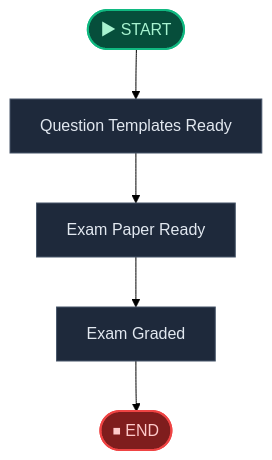
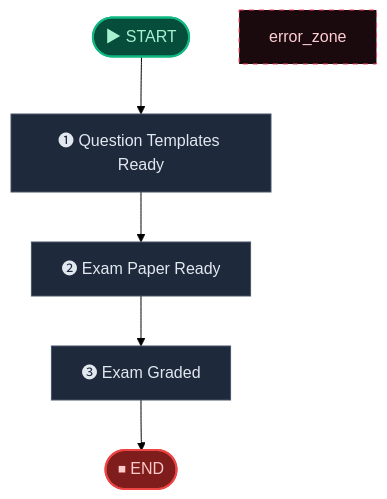
One commit to aiteachme/AITeachMe changed the second of 3 diagrams in backend/scripts/.generated_workflow_diagrams/examine.md. Above: the diagram before and after it, drawn with Mermaid (forest theme). The commit also changed other lines of this file and 6 other files, not shown here.

````diff
--- a/backend/scripts/.generated_workflow_diagrams/examine.md
+++ b/backend/scripts/.generated_workflow_diagrams/examine.md
@@ -52,21 +73,23 @@
 ```mermaid
 flowchart TD
     __start__(["▶ START"])
-    question_templates_ready["Question Templates Ready"]
-    exam_paper_ready["Exam Paper Ready"]
-    exam_graded["Exam Graded"]
+    question_templates_ready["❶ Question Templates Ready"]
+    exam_paper_ready["❷ Exam Paper Ready"]
+    exam_graded["❸ Exam Graded"]
     __end__(["⏹ END"])
 
     __start__ --> question_templates_ready
     exam_paper_ready --> exam_graded
     question_templates_ready --> exam_paper_ready
     exam_graded --> __end__
 
     %% ── Styling ──
     classDef startCls fill:#064e3b,stroke:#10b981,stroke-width:2px,color:#a7f3d0
     classDef endCls fill:#7f1d1d,stroke:#ef4444,stroke-width:2px,color:#fecaca
     classDef failCls fill:#4c0519,stroke:#f43f5e,stroke-width:2px,color:#fecdd3
+    classDef termCls fill:#1e3a5f,stroke:#3b82f6,stroke-width:2px,color:#93c5fd
     classDef default fill:#1e293b,stroke:#475569,stroke-width:1px,color:#e2e8f0
+    style error_zone fill:#1a0a0e,stroke:#f43f5e,stroke-width:1px,color:#fecdd3,stroke-dasharray:5
     class __start__ startCls
     class __end__ endCls
 ```
````
